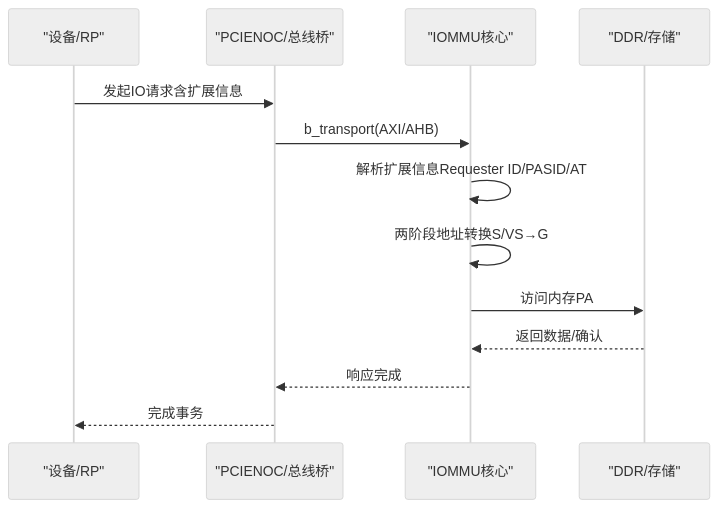
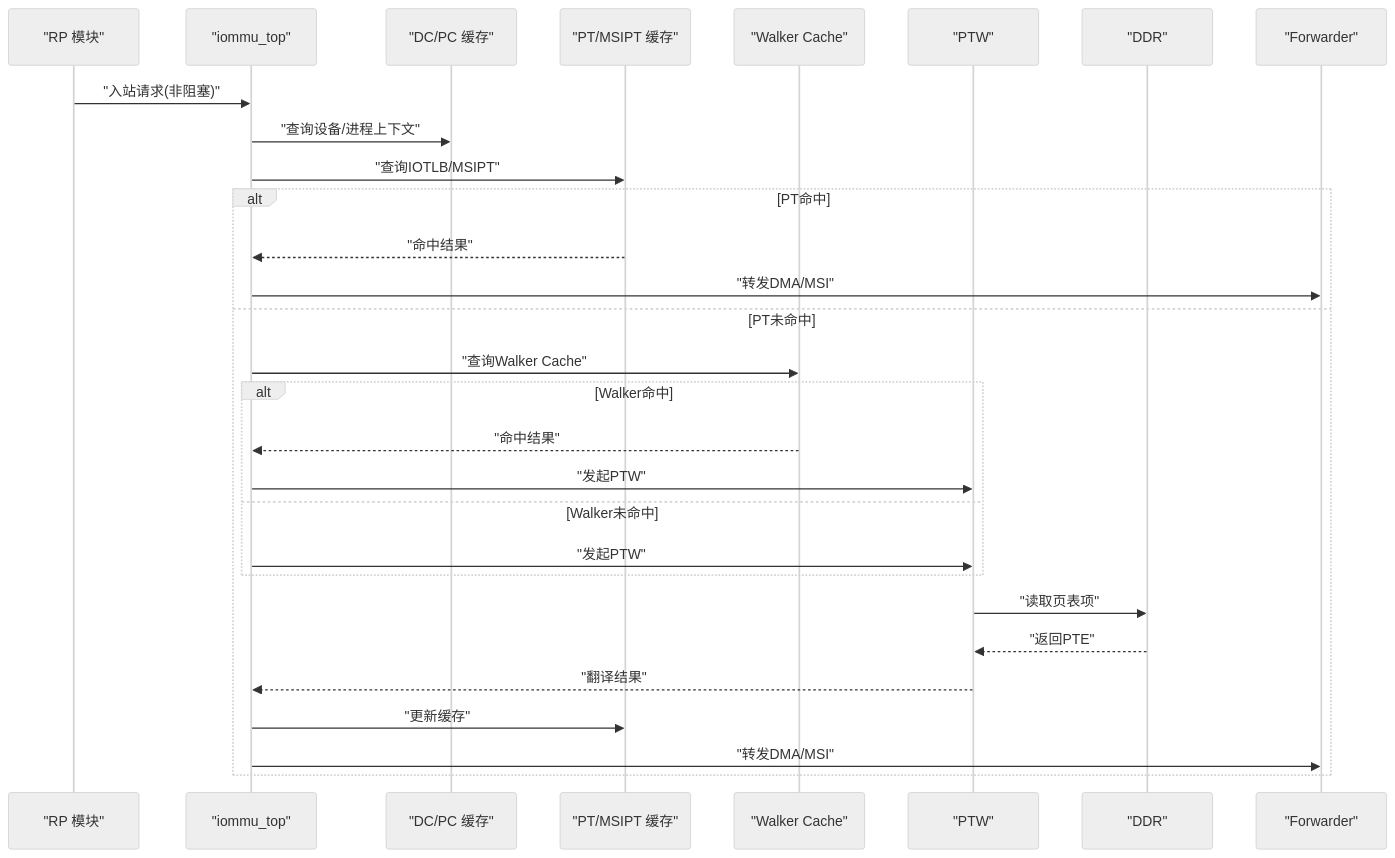
Before and after one commit to jiangjiang1122/iommu_model_20260401_v1: the second of 7 diagrams in .qoder/repowiki/zh/content/项目概述/项目介绍.md, drawn with Mermaid (neutral theme). The commit also changed other lines of this file and 92 other files, not shown here.

````diff
--- a/.qoder/repowiki/zh/content/项目概述/项目介绍.md
+++ b/.qoder/repowiki/zh/content/项目概述/项目介绍.md
@@ -120,15 +91,31 @@
 ```mermaid
 sequenceDiagram
-participant DEV as "设备/RP"
-participant HB as "PCIENOC/总线桥"
-participant IOMMU as "IOMMU核心"
-participant MEM as "DDR/存储"
-DEV->>HB : 发起IO请求含扩展信息
-HB->>IOMMU : b_transport(AXI/AHB)
-IOMMU->>IOMMU : 解析扩展信息Requester ID/PASID/AT
-IOMMU->>IOMMU : 两阶段地址转换S/VS→G
-IOMMU->>MEM : 访问内存PA
-MEM-->>IOMMU : 返回数据/确认
-IOMMU-->>HB : 响应完成
-HB-->>DEV : 完成事务
+participant RP as "RP 模块"
+participant IOMMU as "iommu_top"
+participant DC as "DC/PC 缓存"
+participant PT as "PT/MSIPT 缓存"
+participant WALK as "Walker Cache"
+participant PTW as "PTW"
+participant DDR as "DDR"
+participant FWD as "Forwarder"
+RP->>IOMMU : "入站请求(非阻塞)"
+IOMMU->>DC : "查询设备/进程上下文"
+IOMMU->>PT : "查询IOTLB/MSIPT"
+alt PT命中
+PT-->>IOMMU : "命中结果"
+IOMMU->>FWD : "转发DMA/MSI"
+else PT未命中
+IOMMU->>WALK : "查询Walker Cache"
+alt Walker命中
+WALK-->>IOMMU : "命中结果"
+IOMMU->>PTW : "发起PTW"
+else Walker未命中
+IOMMU->>PTW : "发起PTW"
+end
+PTW->>DDR : "读取页表项"
+DDR-->>PTW : "返回PTE"
+PTW-->>IOMMU : "翻译结果"
+IOMMU->>PT : "更新缓存"
+IOMMU->>FWD : "转发DMA/MSI"
+end
 ```
````
